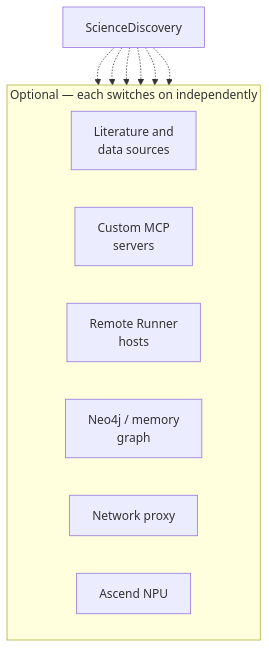
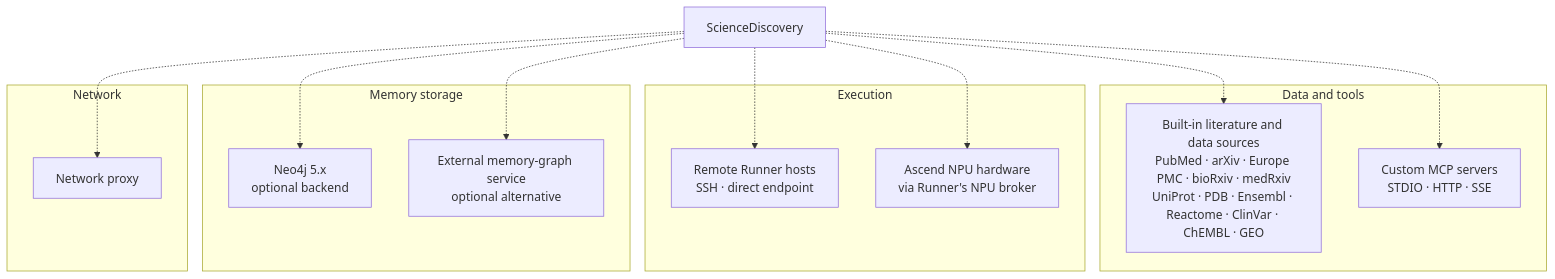
The second of 5 diagrams in company/sciencediscovery/overview.md (michaelatamuk/agentic-desk), drawn with Mermaid before and after one commit. The commit also changed other lines of this file, not shown here.

Commit message:
docs(company): clarify ScienceDiscovery optional extras

````diff
--- a/company/sciencediscovery/overview.md
+++ b/company/sciencediscovery/overview.md
@@ -73,21 +74,31 @@
 ```mermaid
 flowchart TD
   SD["ScienceDiscovery"]
 
-  subgraph OPT["Optional — each switches on independently"]
-    direction LR
-    L["Literature and<br/>data sources"]
-    M["Custom MCP<br/>servers"]
-    R["Remote Runner<br/>hosts"]
-    N["Neo4j / memory<br/>graph"]
+  subgraph DATA["Data and tools"]
+    L["Built-in literature and data sources<br/>PubMed · arXiv · Europe PMC · bioRxiv · medRxiv<br/>UniProt · PDB · Ensembl · Reactome · ClinVar · ChEMBL · GEO"]
+    M["Custom MCP servers<br/>STDIO · HTTP · SSE"]
+  end
+
+  subgraph EXEC["Execution"]
+    R["Remote Runner hosts<br/>SSH · direct endpoint"]
+    NPU["Ascend NPU hardware<br/>via Runner's NPU broker"]
+  end
+
+  subgraph MEM["Memory storage"]
+    NEO["Neo4j 5.x<br/>optional backend"]
+    EXT["External memory-graph service<br/>optional alternative"]
+  end
+
+  subgraph NET["Network"]
     P["Network proxy"]
-    NPU["Ascend NPU"]
   end
 
   SD -.-> L
   SD -.-> M
   SD -.-> R
-  SD -.-> N
+  SD -.-> NPU
+  SD -.-> NEO
+  SD -.-> EXT
   SD -.-> P
-  SD -.-> NPU
 ```
````
